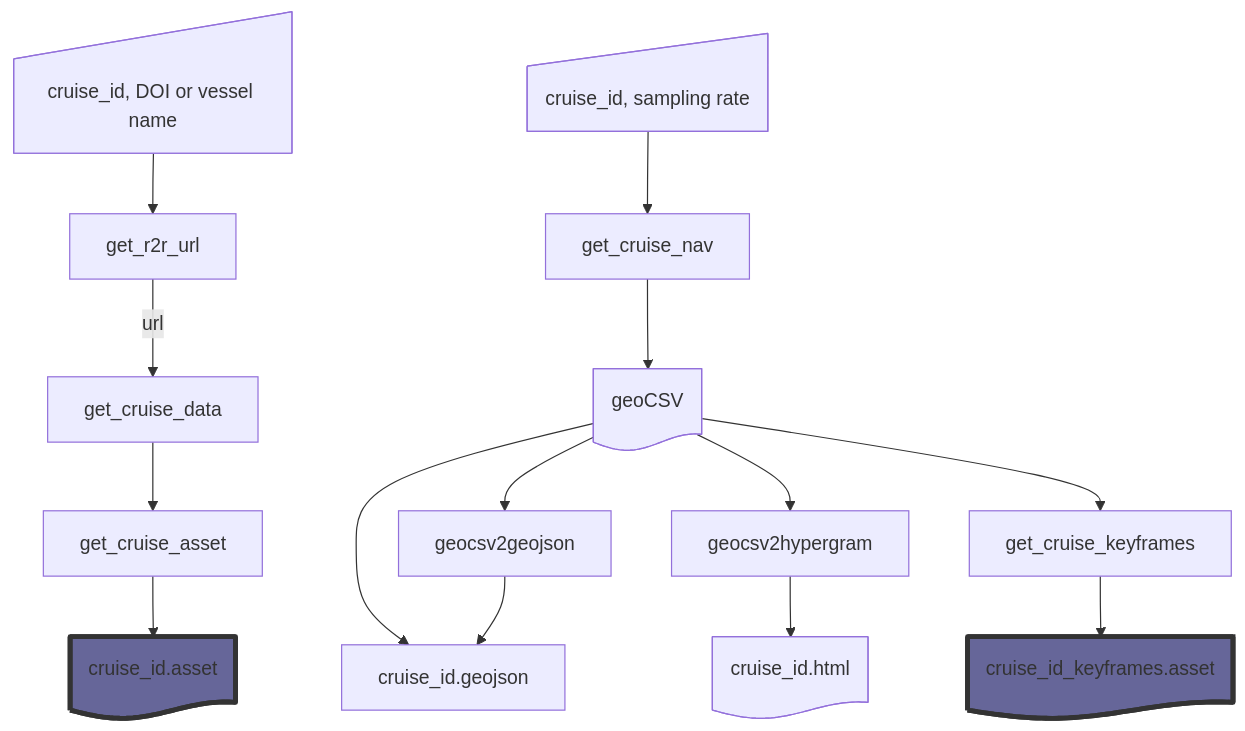
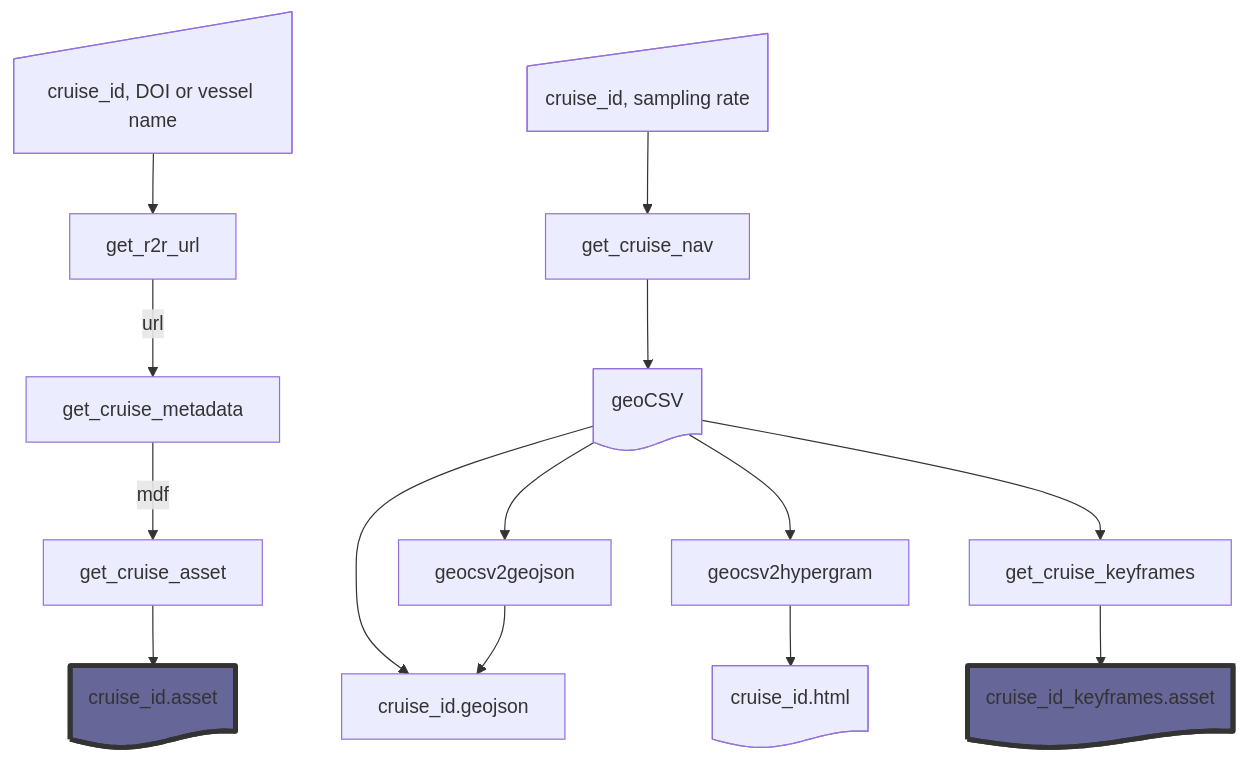
One commit to KCollins/openspace-rvdata changed the diagram in README.md. Above: the diagram before and after it, drawn with Mermaid. The commit also changed 1 other file, not shown here.

Commit message:
First pass at `get_cruise_nav()`, written by Gemini. Successfully downloads data for RR2402; will have to see if it works for other cruises.

````diff
--- a/README.md
+++ b/README.md
@@ -11,26 +11,26 @@
 ```mermaid
 flowchart TD
     n1["cruise_id, DOI or vessel name"] --> n2["get_r2r_url"]
-    n2 -- url --> n3["get_cruise_data"]
-    n3 --> n4["get_cruise_asset"]
+    n2 -- url --> n3["get_cruise_metadata"]
+    n3 -- mdf --> n4["get_cruise_asset"]
     n4 --> n5["cruise_id.asset"]
     n6["cruise_id, sampling rate"] --> n7["get_cruise_nav"]
     n7 --> n8["geoCSV"]
     n8 --> n9["geocsv2geojson"] & n10["cruise_id.geojson"] & n11["geocsv2hypergram"] & n13["get_cruise_keyframes"]
     n9 --> n10
     n11 --> n12["cruise_id.html"]
     n13 --> n14["cruise_id_keyframes.asset"]
 
     n1@{ shape: manual-input}
     n2@{ shape: process}
     n5@{ shape: document}
     n6@{ shape: manual-input}
     n8@{ shape: document}
     n9@{ shape:document}
     n12@{ shape: document}
     n14@{ shape: document}
     click n1 "https://www.rvdata.us/search/cruise/RR2402"
    
    style n5 fill:#669,stroke:#333,stroke-width:4px 
    style n14 fill:#669,stroke:#333,stroke-width:4px
 ```
````
